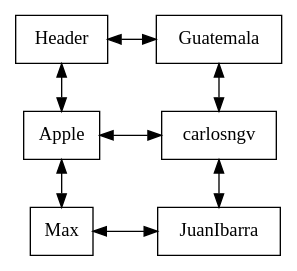
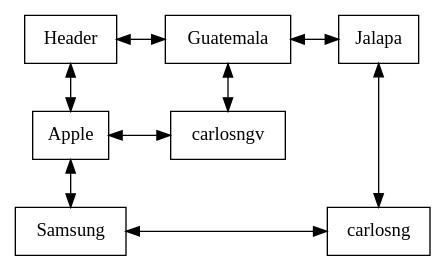
One commit to CarlosNgv99/-EDD-Proyecto_1 changed the diagram in -EDD-Proyecto_1/matrix.dot. Above: the diagram before and after it, drawn with Graphviz. The commit also changed 13 other files, not shown here.

```diff
--- a/-EDD-Proyecto_1/matrix.dot
+++ b/-EDD-Proyecto_1/matrix.dot
@@ -1,20 +1,24 @@
 digraph g{
 rankdir = TB;
 node [shape=rectangle, height=0.5, width=0.5];
 graph[ nodesep = 0.5];
 node0 [label="Header"];
 Guatemala[label="Guatemala"]
+Jalapa[label="Jalapa"]
 node0->Guatemala[dir=both];
+Guatemala->Jalapa[dir=both];
 Apple[label="Apple"]
-Max[label="Max"]
+Samsung[label="Samsung"]
 node0->Apple[dir=both];
-Apple->Max[dir=both];
+Apple->Samsung[dir=both];
 carlosngv[label="carlosngv"]
 Apple->carlosngv[constraint=false, dir=both];
 {rank=same; Apple; carlosngv;}
 Guatemala->carlosngv[dir=both]
-JuanIbarra[label="JuanIbarra"]
-Max->JuanIbarra[constraint=false, dir=both];
-{rank=same; Max; JuanIbarra;}
-carlosngv->JuanIbarra[dir=both]
-{rank=same; node0; Guatemala;}}
+carlosngv[label="carlosngv"]
+carlosng[label="carlosng"]
+Samsung->carlosng[constraint=false, dir=both];
+{rank=same; Samsung; carlosng;}
+Jalapa->carlosng[dir=both]
+carlosng[label="carlosng"]
+{rank=same; node0; Guatemala; Jalapa;}}
```
